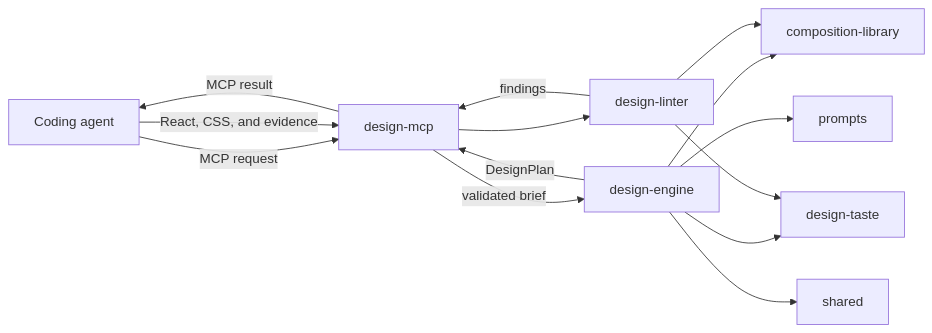
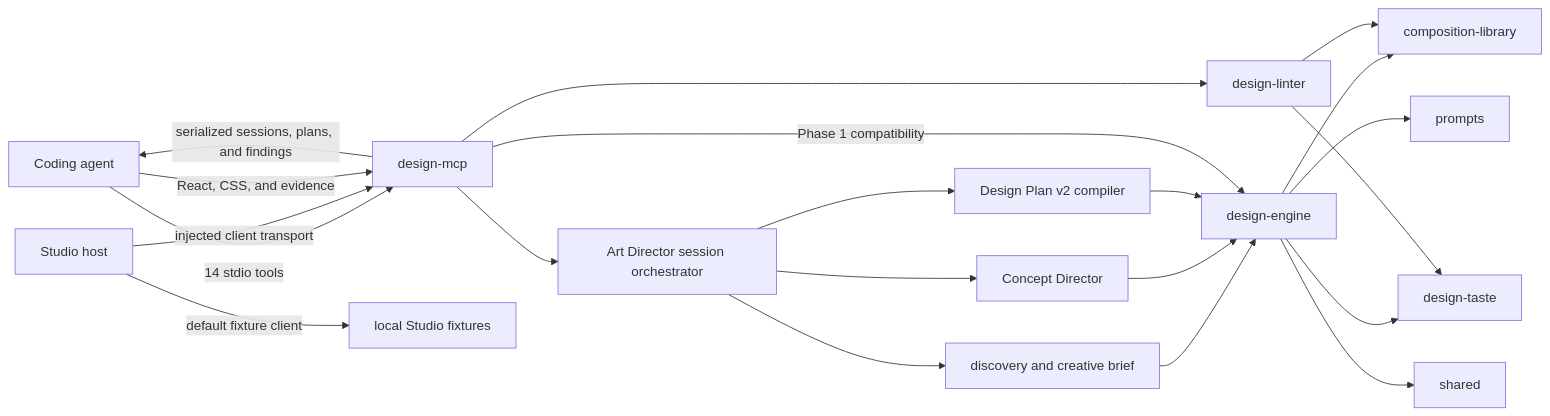
The diagram in docs/ARCHITECTURE.md (7shep/universal), drawn with Mermaid before and after one commit. The commit also changed other lines of this file and 6 other files, not shown here.

````diff
--- a/docs/ARCHITECTURE.md
+++ b/docs/ARCHITECTURE.md
@@ -11,16 +13,23 @@
 ```mermaid
 flowchart LR
-  A[Coding agent] -->|MCP request| M[design-mcp]
-  M -->|validated brief| E[design-engine]
+  A[Coding agent] -->|14 stdio tools| M[design-mcp]
+  ST[Studio host] -->|injected client transport| M
+  ST -->|default fixture client| SF[local Studio fixtures]
+  M --> AD[Art Director session orchestrator]
+  AD --> D[discovery and creative brief]
+  AD --> CD[Concept Director]
+  AD --> PC[Design Plan v2 compiler]
+  D --> E[design-engine]
+  CD --> E
+  PC --> E
+  M -->|Phase 1 compatibility| E
+  A -->|React, CSS, and evidence| M
+  M --> L[design-linter]
   E --> C[composition-library]
   E --> T[design-taste]
   E --> P[prompts]
   E --> S[shared]
-  E -->|DesignPlan| M
-  A -->|React, CSS, and evidence| M
-  M --> L[design-linter]
   L --> C
   L --> T
-  L -->|findings| M
-  M -->|MCP result| A
+  M -->|serialized sessions, plans, and findings| A
 ```
````
